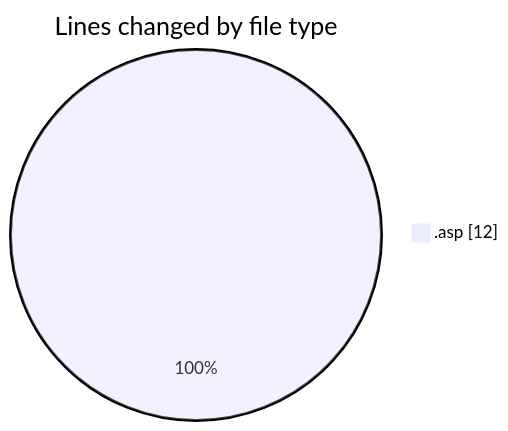
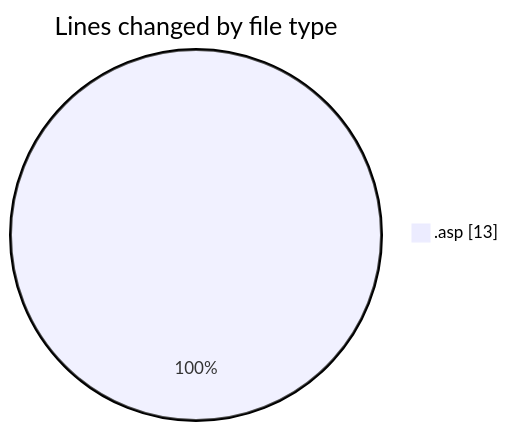
One commit to julien-gomy/code-tracking changed the first of 2 diagrams in 2025-11-23/cdp_aleoudev_fr__workspace_/README.md. Above: the diagram before and after it, drawn with Mermaid. The commit also changed other lines of this file and 1 other file, not shown here.

````diff
--- a/2025-11-23/cdp_aleoudev_fr__workspace_/README.md
+++ b/2025-11-23/cdp_aleoudev_fr__workspace_/README.md
@@ -20,5 +21,5 @@
 ```mermaid
 pie showData
 title Lines changed by file type
-".asp" : 12
+".asp" : 13
 ```
````
